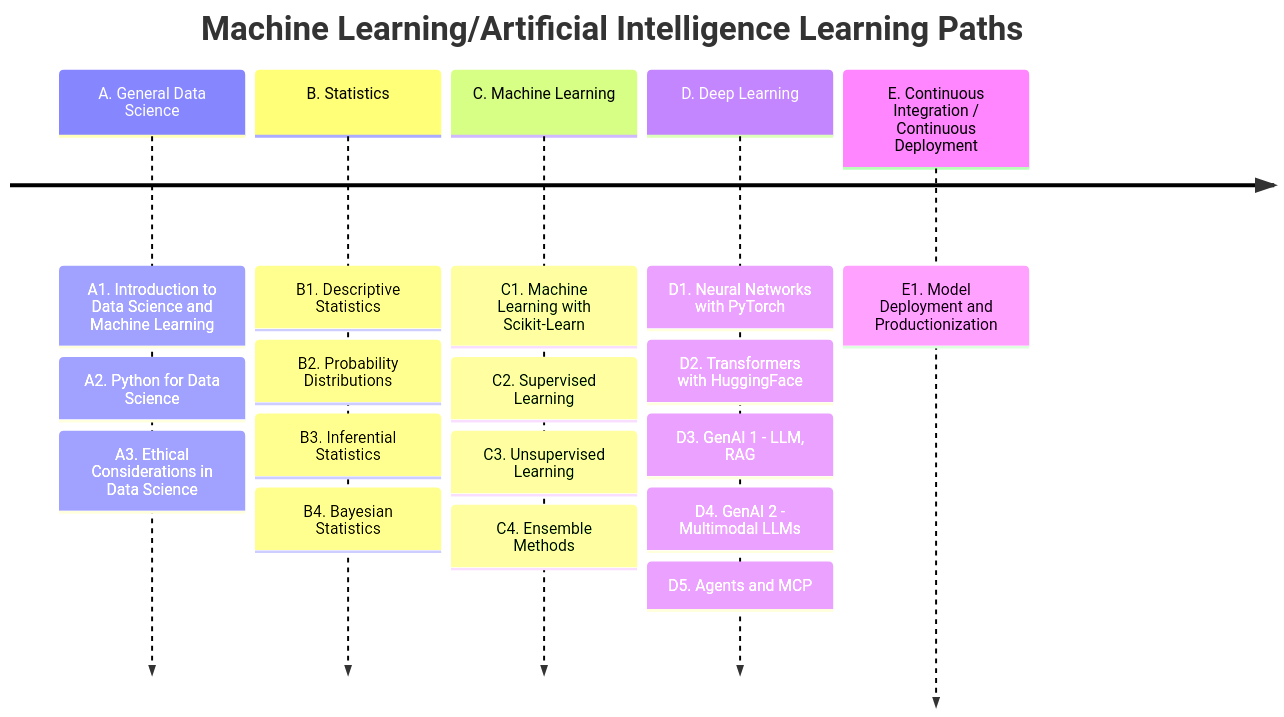
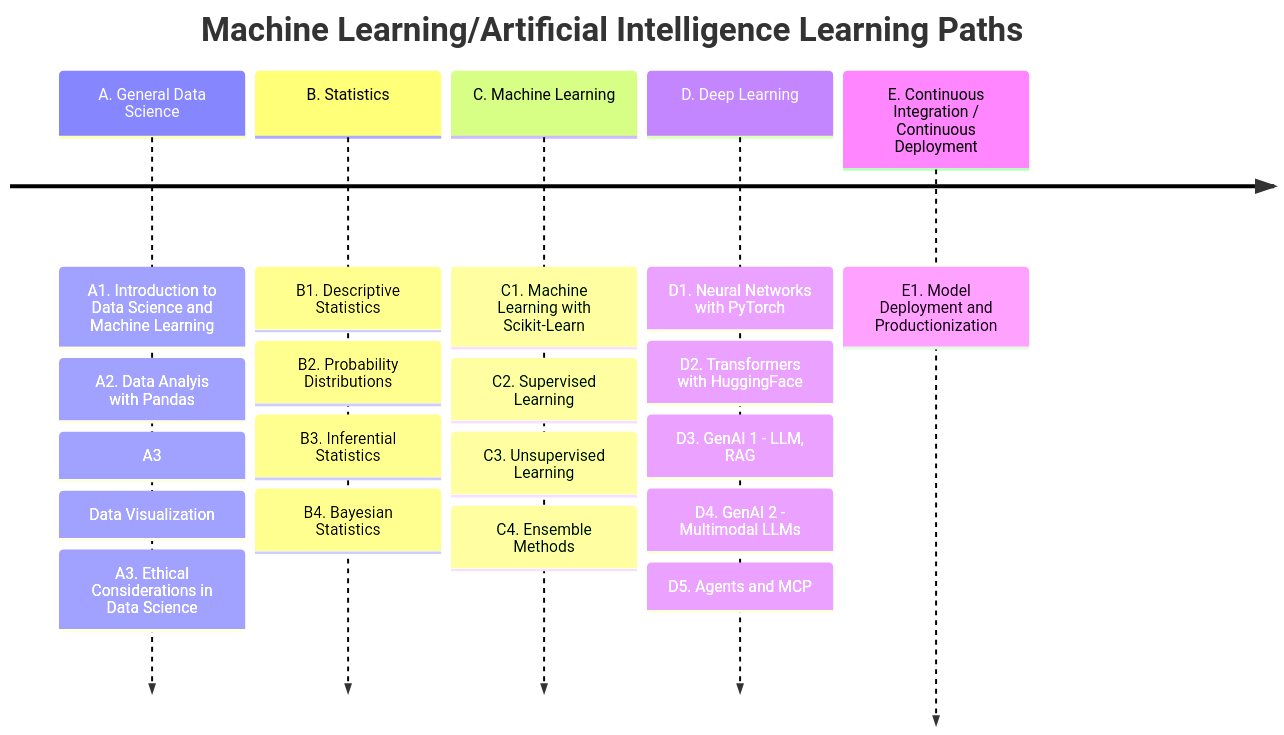
One commit to ua-datalab/ua-datalab.github.io changed the diagram in docs/mlpaths_grids.md. Above: the diagram before and after it, drawn with Mermaid.

````diff
--- a/docs/mlpaths_grids.md
+++ b/docs/mlpaths_grids.md
@@ -8,22 +8,23 @@
 ```mermaid
 timeline
     title Machine Learning/Artificial Intelligence Learning Paths
     A. General Data Science : A1. Introduction to Data Science and Machine Learning
-    	    	 	     : A2. Python for Data Science
+    	    	 	     : A2. Data Analyis with Pandas
+			     : A3: Data Visualization
 			     : A3. Ethical Considerations in Data Science
     B. Statistics : B1. Descriptive Statistics
                   : B2. Probability Distributions
 		  : B3. Inferential Statistics
 		  : B4. Bayesian Statistics
     C. Machine Learning : C1. Machine Learning with Scikit-Learn
        	       		: C2. Supervised Learning
 	        	 : C3. Unsupervised Learning
 			 : C4. Ensemble Methods
     D. Deep Learning : D1. Neural Networks with PyTorch
 		    : D2. Transformers with HuggingFace
 		    : D3. GenAI 1 - LLM, RAG
 		    : D4. GenAI 2 - Multimodal LLMs
 		    : D5. Agents and MCP
     E. Continuous Integration / Continuous Deployment  : E1. Model Deployment and Productionization
 
 ```
````
